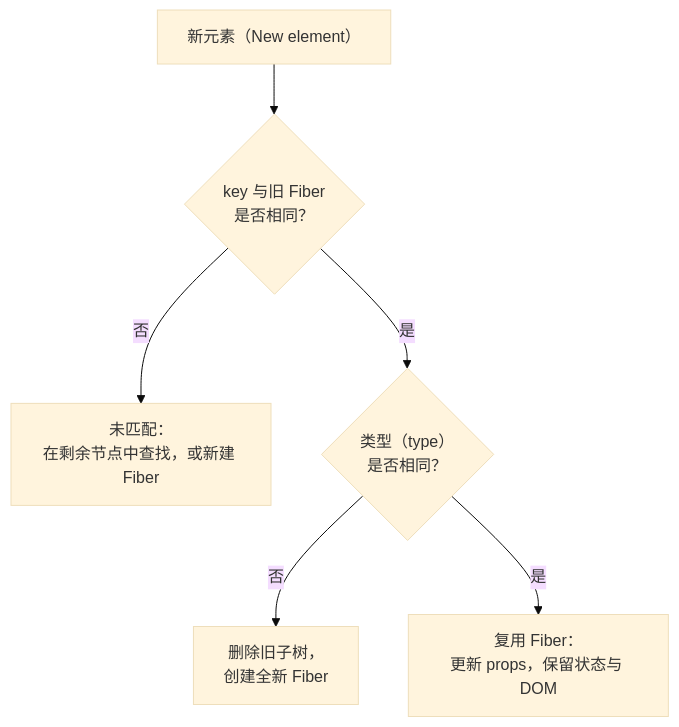
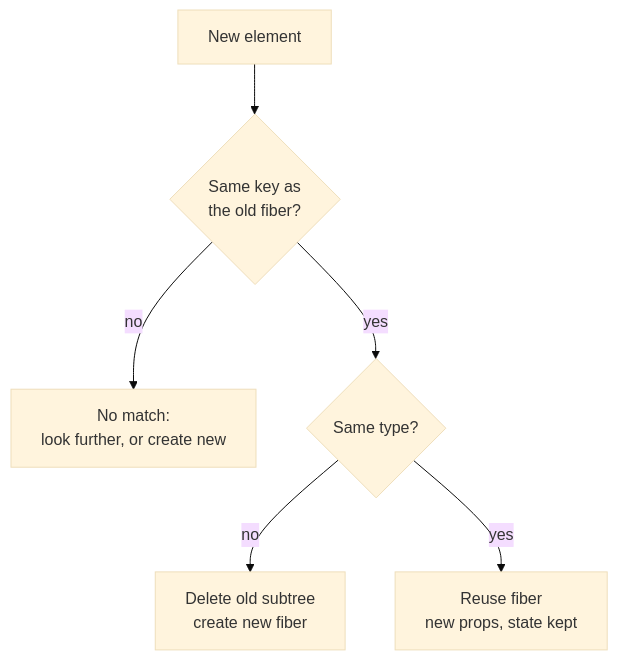
One commit to ZhaoTim/react-garden-zh changed the diagram in content/react-concepts/05 Reconciliation - Finding What Changed.md. Above: the diagram before and after it, drawn with Mermaid (base theme). The commit also changed 12 other files, not shown here.

Commit message:
fix: restore all Mermaid diagrams to original English technical terms

````diff
--- a/content/react-concepts/05 Reconciliation - Finding What Changed.md
+++ b/content/react-concepts/05 Reconciliation - Finding What Changed.md
@@ -37,8 +37,8 @@
 ```mermaid
 flowchart TD
-  E["新元素（New element）"] --> K{"key 与旧 Fiber<br/>是否相同？"}
-  K -- 否 --> N["未匹配：<br/>在剩余节点中查找，或新建 Fiber"]
-  K -- 是 --> T{"类型（type）<br/>是否相同？"}
-  T -- 否 --> R["删除旧子树，<br/>创建全新 Fiber"]
-  T -- 是 --> U["复用 Fiber：<br/>更新 props，保留状态与 DOM"]
+  E["New element"] --> K{"Same key as<br/>the old fiber?"}
+  K -- no --> N["No match:<br/>look further, or create new"]
+  K -- yes --> T{"Same type?"}
+  T -- no --> R["Delete old subtree<br/>create new fiber"]
+  T -- yes --> U["Reuse fiber<br/>new props, state kept"]
 ```
````
